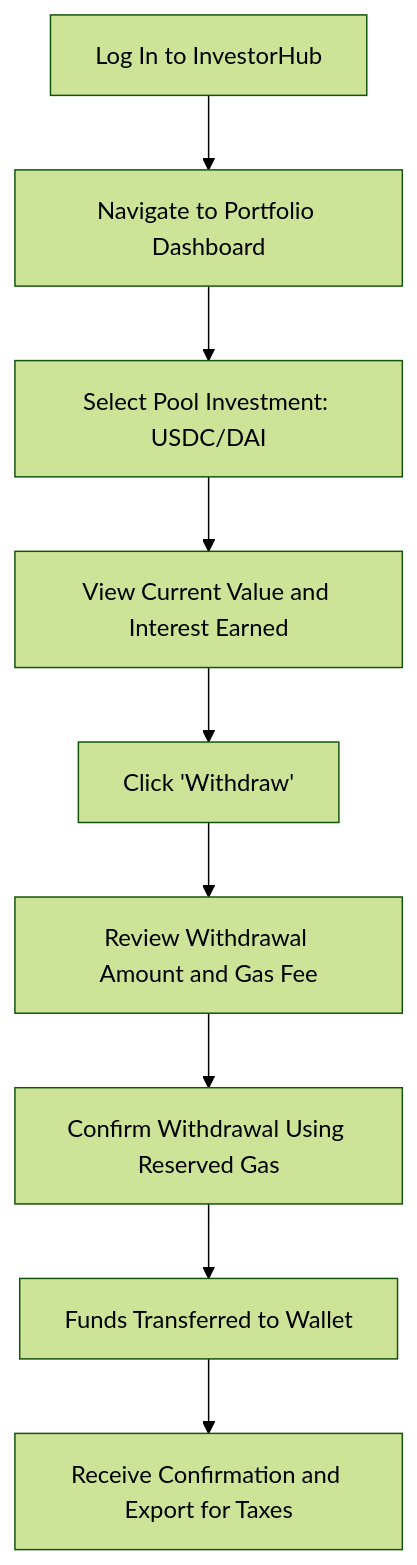
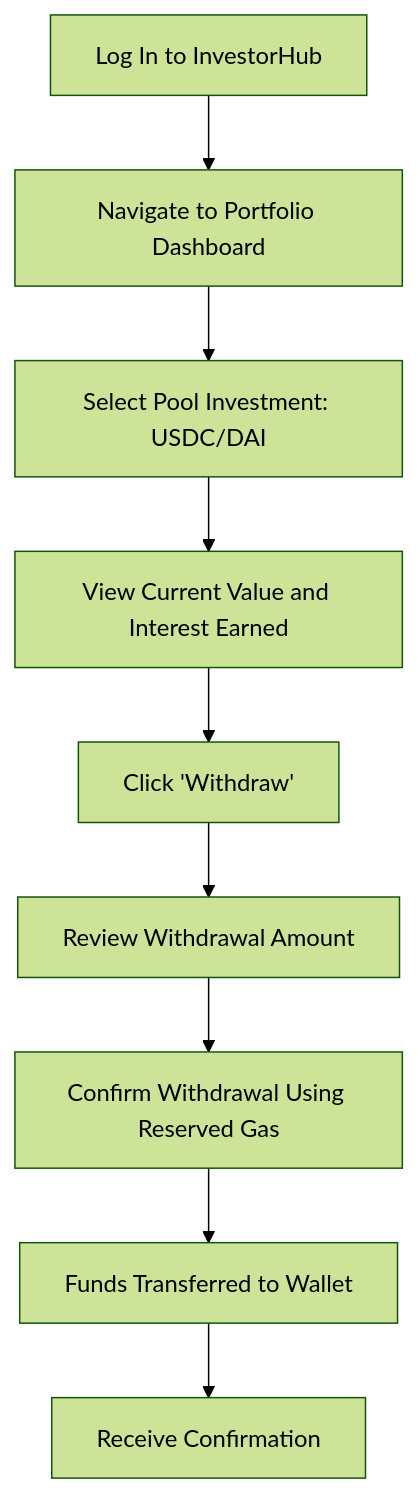
One commit to thomasdev5832/InvestorHub changed the fourth of 5 diagrams in PRD/InvestorHub-v1.md. Above: the diagram before and after it, drawn with Mermaid (forest theme). The commit also changed other lines of this file, not shown here.

````diff
--- a/PRD/InvestorHub-v1.md
+++ b/PRD/InvestorHub-v1.md
@@ -162,11 +162,11 @@
 ```mermaid
 flowchart TD
     A[Log In to InvestorHub] --> B[Navigate to Portfolio Dashboard]
     B --> C[Select Pool Investment: USDC/DAI]
     C --> D[View Current Value and Interest Earned]
     D --> E[Click 'Withdraw']
-    E --> F[Review Withdrawal Amount and Gas Fee]
+    E --> F[Review Withdrawal Amount]
     F --> G[Confirm Withdrawal Using Reserved Gas]
     G --> H[Funds Transferred to Wallet]
-    H --> I[Receive Confirmation and Export for Taxes]
+    H --> I[Receive Confirmation]
 ```
````
